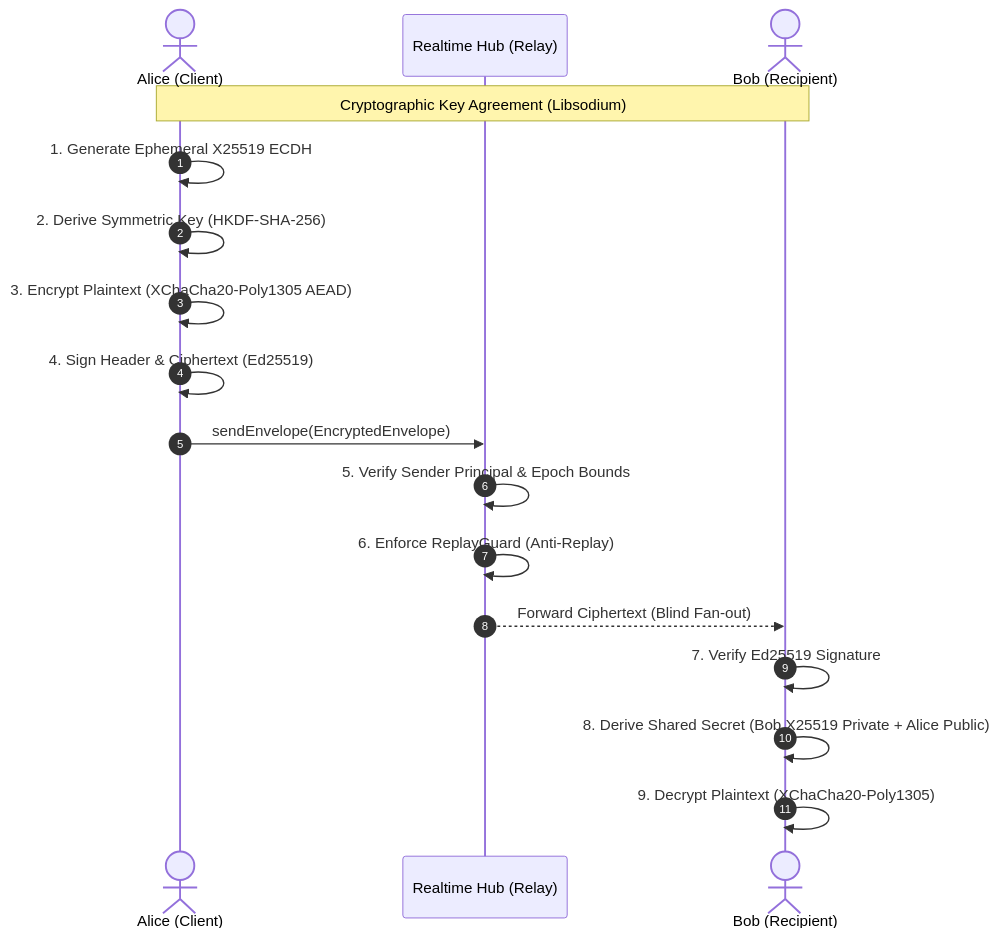
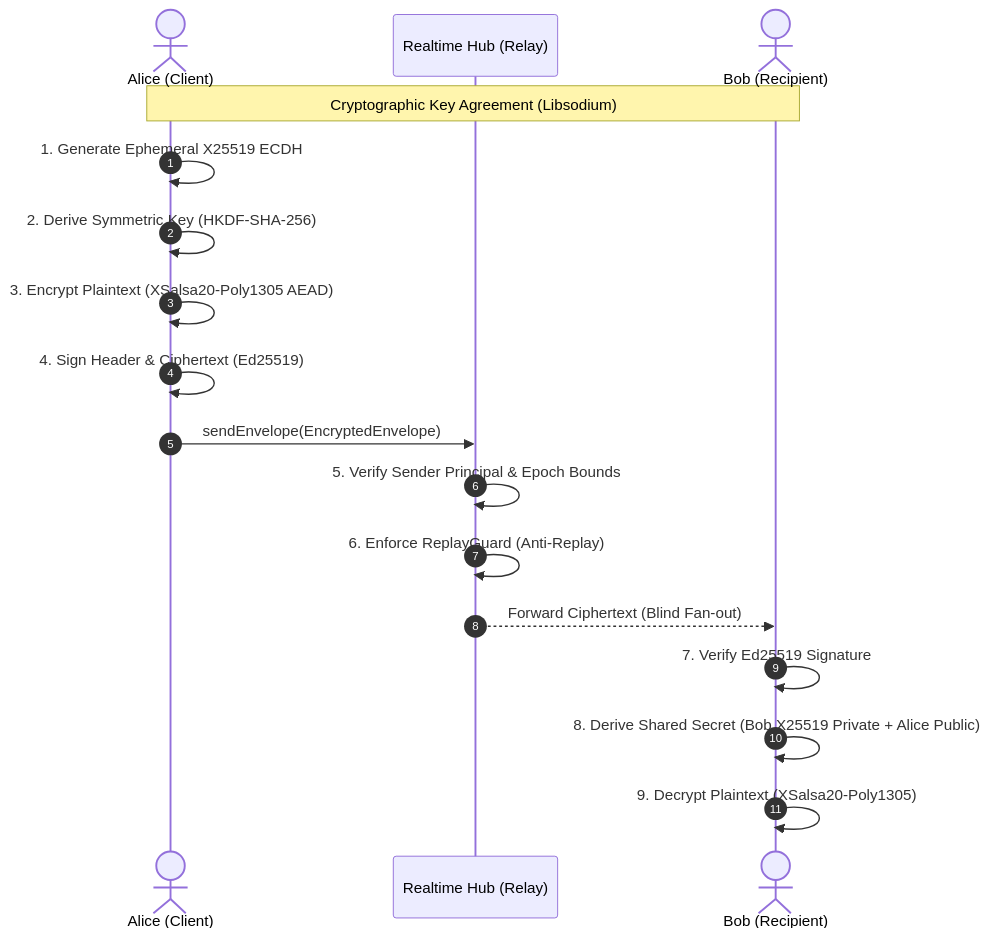
Before and after one commit to oneunitjs/realtime: the tenth of 12 diagrams in ARCHITECTURE.md, drawn with Mermaid. The commit also changed other lines of this file and 2 other files, not shown here.

````diff
--- a/ARCHITECTURE.md
+++ b/ARCHITECTURE.md
@@ -673,20 +692,20 @@
 ```mermaid
 sequenceDiagram
     autonumber
     actor Alice as Alice (Client)
     participant Hub as Realtime Hub (Relay)
     actor Bob as Bob (Recipient)
 
     Note over Alice,Bob: Cryptographic Key Agreement (Libsodium)
     Alice->>Alice: 1. Generate Ephemeral X25519 ECDH
     Alice->>Alice: 2. Derive Symmetric Key (HKDF-SHA-256)
-    Alice->>Alice: 3. Encrypt Plaintext (XChaCha20-Poly1305 AEAD)
+    Alice->>Alice: 3. Encrypt Plaintext (XSalsa20-Poly1305 AEAD)
     Alice->>Alice: 4. Sign Header & Ciphertext (Ed25519)
     Alice->>Hub: sendEnvelope(EncryptedEnvelope)
     Hub->>Hub: 5. Verify Sender Principal & Epoch Bounds
     Hub->>Hub: 6. Enforce ReplayGuard (Anti-Replay)
     Hub-->>Bob: Forward Ciphertext (Blind Fan-out)
     Bob->>Bob: 7. Verify Ed25519 Signature
     Bob->>Bob: 8. Derive Shared Secret (Bob X25519 Private + Alice Public)
-    Bob->>Bob: 9. Decrypt Plaintext (XChaCha20-Poly1305)
+    Bob->>Bob: 9. Decrypt Plaintext (XSalsa20-Poly1305)
 ```
````
